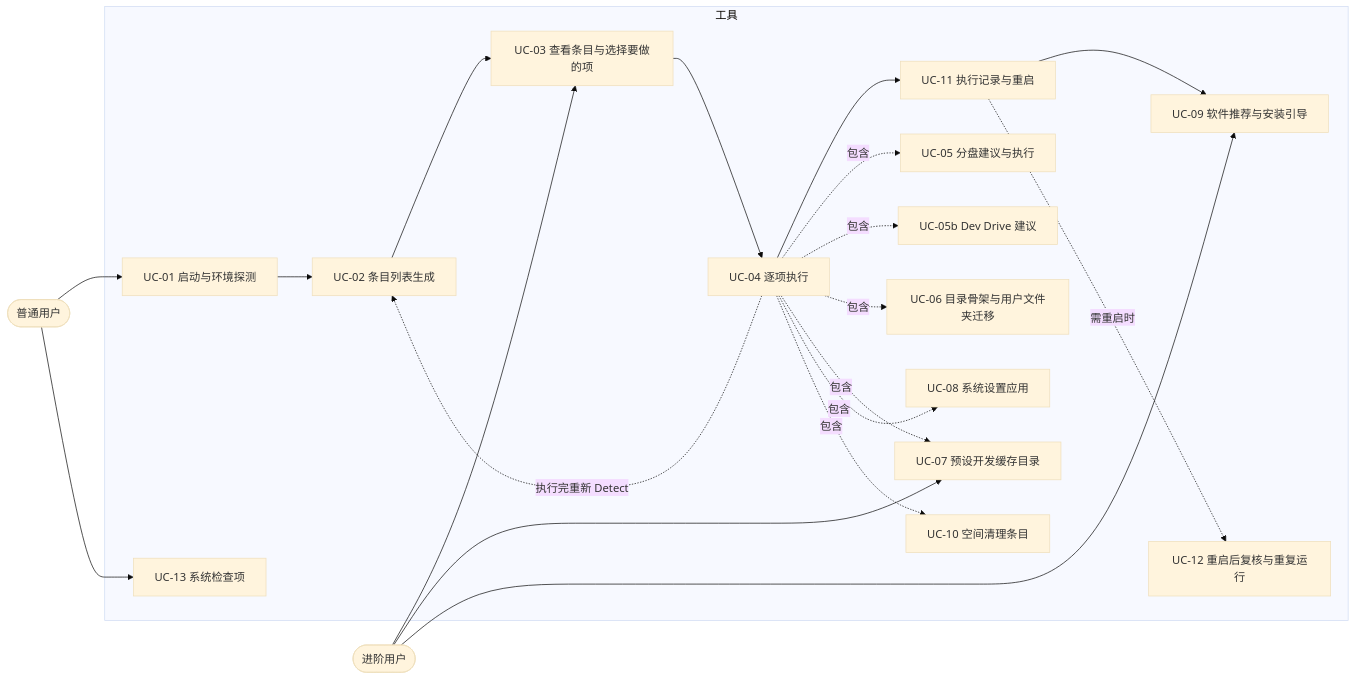
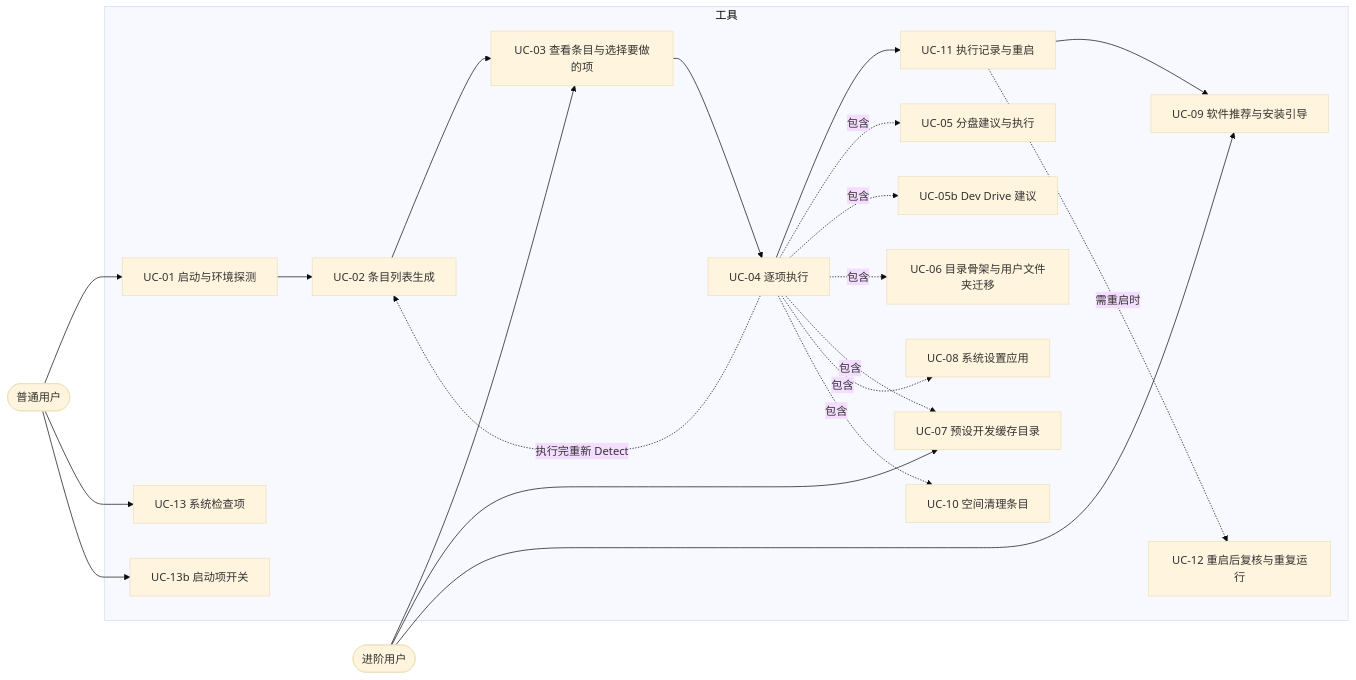
One commit to CookPiu/WinHomestead changed the first of 8 diagrams in docs/02-用例与用户流程.md. Above: the diagram before and after it, drawn with Mermaid (base theme). The commit also changed other lines of this file and 4 other files, not shown here.

````diff
--- a/docs/02-用例与用户流程.md
+++ b/docs/02-用例与用户流程.md
@@ -24,35 +24,37 @@
 ```mermaid
 flowchart LR
   U([普通用户])
   P([进阶用户])
   subgraph 工具
     UC01[UC-01 启动与环境探测]
     UC02[UC-02 条目列表生成]
     UC03[UC-03 查看条目与选择要做的项]
     UC04[UC-04 逐项执行]
     UC05[UC-05 分盘建议与执行]
     UC05b[UC-05b Dev Drive 建议]
     UC06[UC-06 目录骨架与用户文件夹迁移]
     UC07[UC-07 预设开发缓存目录]
     UC08[UC-08 系统设置应用]
     UC09[UC-09 软件推荐与安装引导]
     UC10[UC-10 空间清理条目]
     UC11[UC-11 执行记录与重启]
     UC12[UC-12 重启后复核与重复运行]
     UC13[UC-13 系统检查项]
+    UC13b[UC-13b 启动项开关]
   end
   U --> UC01 --> UC02 --> UC03 --> UC04 --> UC11
   UC04 -.执行完重新 Detect.-> UC02
   UC04 -.包含.-> UC05
   UC04 -.包含.-> UC05b
   UC04 -.包含.-> UC06
   UC04 -.包含.-> UC07
   UC04 -.包含.-> UC08
   UC04 -.包含.-> UC10
   UC11 --> UC09
   UC11 -.需重启时.-> UC12
   U --> UC13
+  U --> UC13b
   P --> UC03
   P --> UC07
   P --> UC09
 ```
````
